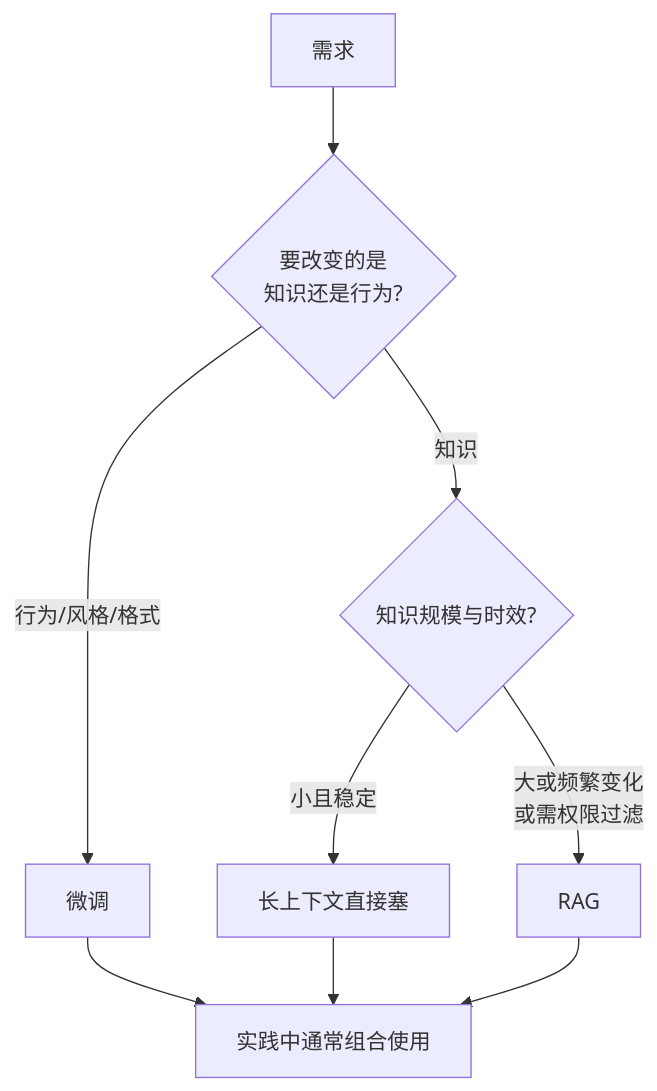
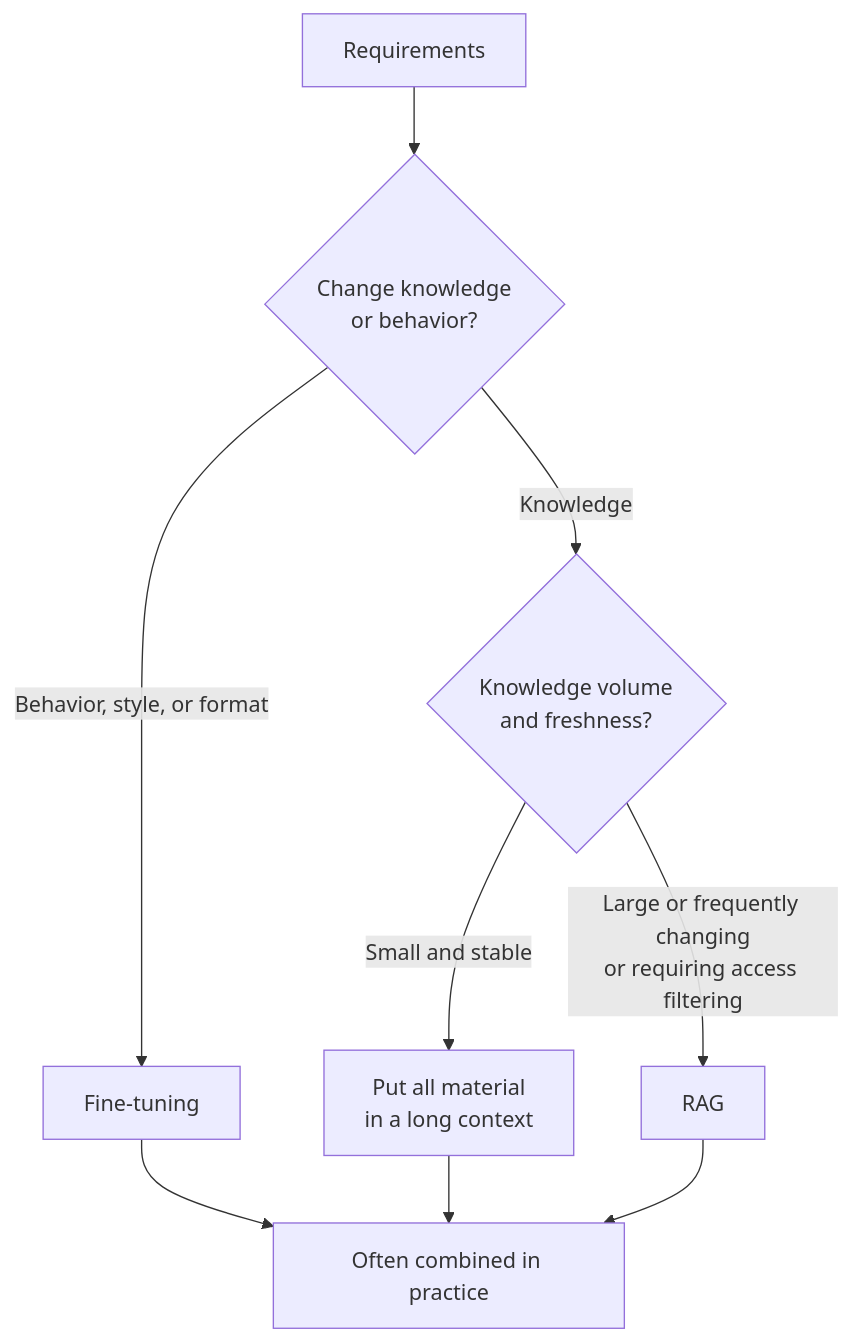
One commit to oneleaveknowsthefall/awesome-ai-roadmap changed the first of 3 diagrams in docs/rag/01-foundations/02-rag-finetune-longcontext.md. Above: the diagram before and after it, drawn with Mermaid. The commit also changed other lines of this file and 60 other files, not shown here.

````diff
--- a/docs/rag/01-foundations/02-rag-finetune-longcontext.md
+++ b/docs/rag/01-foundations/02-rag-finetune-longcontext.md
@@ -15,11 +15,11 @@
 ```mermaid
 flowchart TB
-    NEED[需求] --> Q1{要改变的是<br/>知识还是行为?}
-    Q1 -->|行为/风格/格式| FT[微调]
-    Q1 -->|知识| Q2{知识规模与时效?}
-    Q2 -->|小且稳定| LC[长上下文直接塞]
-    Q2 -->|大或频繁变化<br/>或需权限过滤| RAG[RAG]
-    FT --> COMBO[实践中通常组合使用]
+    NEED[Requirements] --> Q1{Change knowledge<br/>or behavior?}
+    Q1 -->|Behavior, style, or format| FT[Fine-tuning]
+    Q1 -->|Knowledge| Q2{Knowledge volume<br/>and freshness?}
+    Q2 -->|Small and stable| LC[Put all material<br/>in a long context]
+    Q2 -->|Large or frequently changing<br/>or requiring access filtering| RAG[RAG]
+    FT --> COMBO[Often combined in practice]
     LC --> COMBO
     RAG --> COMBO
 ```
````
